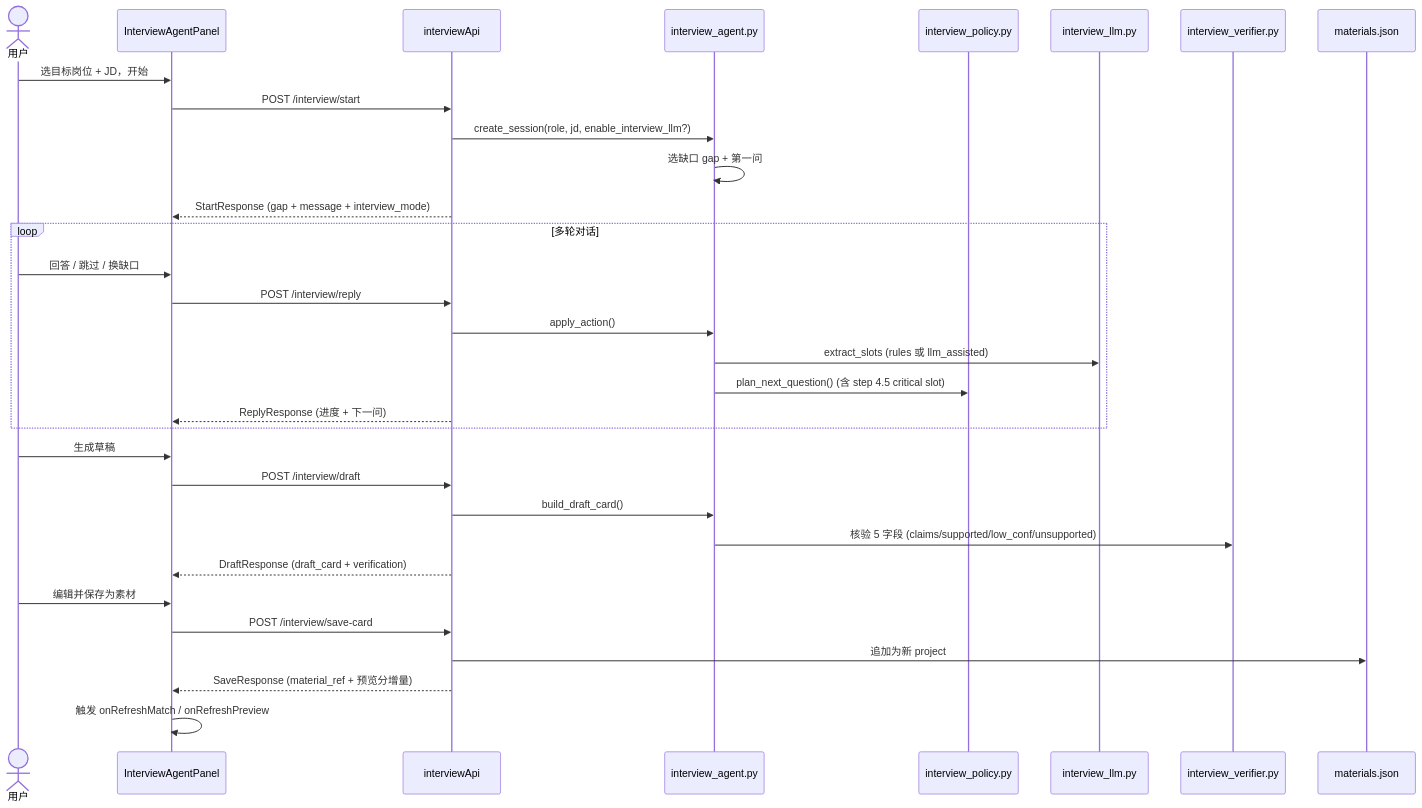
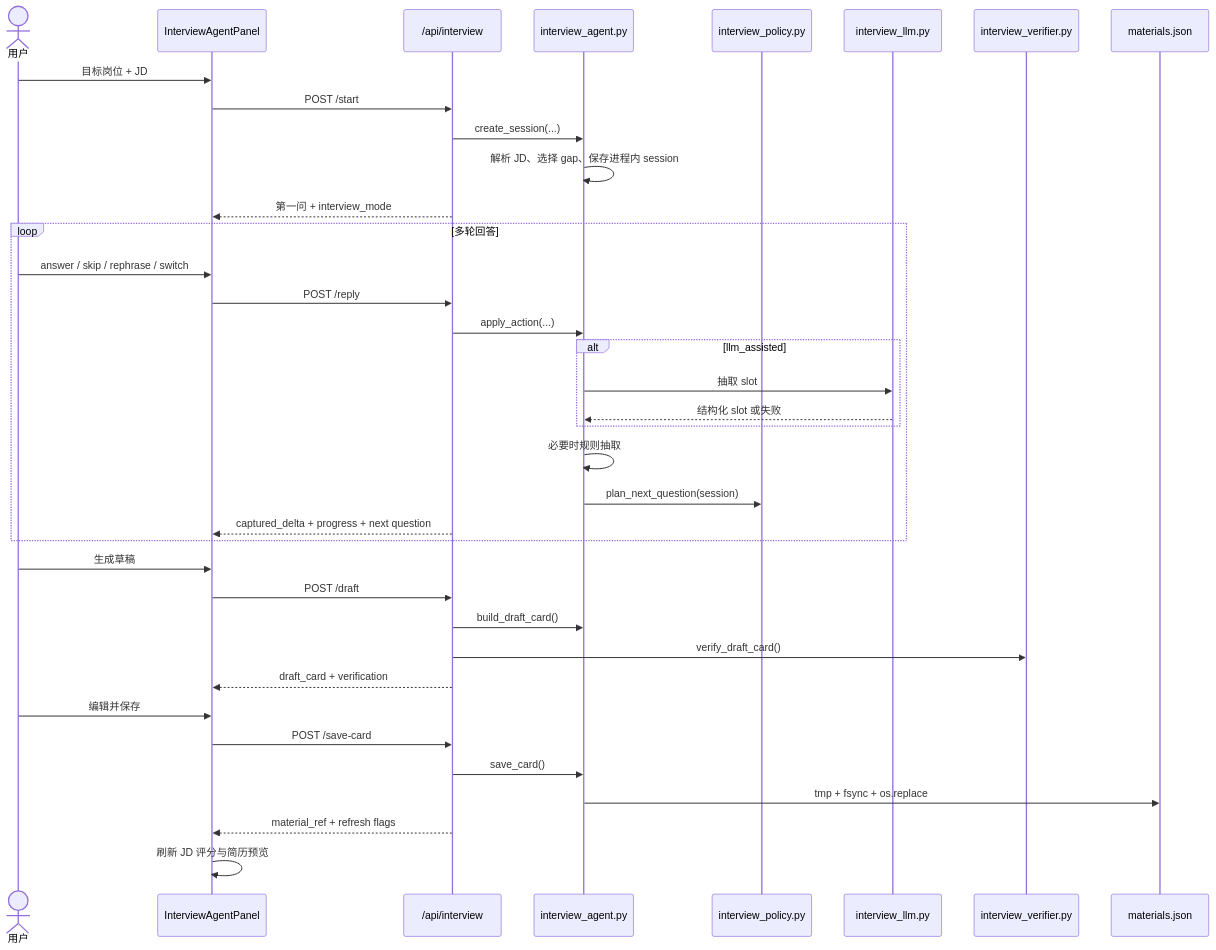
One commit to JJ704sd/Resume-Buff changed the eighth of 9 diagrams in .harness/docs/system-architecture.md. Above: the diagram before and after it, drawn with Mermaid. The commit also changed other lines of this file, not shown here.

Commit message:
docs(architecture): refresh system design and data flows

````diff
--- a/.harness/docs/system-architecture.md
+++ b/.harness/docs/system-architecture.md
@@ -251,35 +353,40 @@
 ```mermaid
 sequenceDiagram
   actor U as 用户
   participant FE as InterviewAgentPanel
-  participant API as interviewApi
-  participant AG as interview_agent.py
+  participant API as /api/interview
+  participant IA as interview_agent.py
   participant POL as interview_policy.py
   participant LLM as interview_llm.py
   participant VER as interview_verifier.py
   participant MAT as materials.json
 
-  U->>FE: 选目标岗位 + JD，开始
-  FE->>API: POST /interview/start
-  API->>AG: create_session(role, jd, enable_interview_llm?)
-  AG->>AG: 选缺口 gap + 第一问
-  API-->>FE: StartResponse (gap + message + interview_mode)
-  loop 多轮对话
-    U->>FE: 回答 / 跳过 / 换缺口
-    FE->>API: POST /interview/reply
-    API->>AG: apply_action()
-    AG->>LLM: extract_slots (rules 或 llm_assisted)
-    AG->>POL: plan_next_question() (含 step 4.5 critical slot)
-    API-->>FE: ReplyResponse (进度 + 下一问)
+  U->>FE: 目标岗位 + JD
+  FE->>API: POST /start
+  API->>IA: create_session(...)
+  IA->>IA: 解析 JD、选择 gap、保存进程内 session
+  API-->>FE: 第一问 + interview_mode
+  loop 多轮回答
+    U->>FE: answer / skip / rephrase / switch
+    FE->>API: POST /reply
+    API->>IA: apply_action(...)
+    alt llm_assisted
+      IA->>LLM: 抽取 slot
+      LLM-->>IA: 结构化 slot 或失败
+    end
+    IA->>IA: 必要时规则抽取
+    IA->>POL: plan_next_question(session)
+    API-->>FE: captured_delta + progress + next question
   end
   U->>FE: 生成草稿
-  FE->>API: POST /interview/draft
-  API->>AG: build_draft_card()
-  AG->>VER: 核验 5 字段 (claims/supported/low_conf/unsupported)
-  API-->>FE: DraftResponse (draft_card + verification)
-  U->>FE: 编辑并保存为素材
-  FE->>API: POST /interview/save-card
-  API->>MAT: 追加为新 project
-  API-->>FE: SaveResponse (material_ref + 预览分增量)
-  FE->>FE: 触发 onRefreshMatch / onRefreshPreview
+  FE->>API: POST /draft
+  API->>IA: build_draft_card()
+  API->>VER: verify_draft_card()
+  API-->>FE: draft_card + verification
+  U->>FE: 编辑并保存
+  FE->>API: POST /save-card
+  API->>IA: save_card()
+  IA->>MAT: tmp + fsync + os.replace
+  API-->>FE: material_ref + refresh flags
+  FE->>FE: 刷新 JD 评分与简历预览
 ```
````
